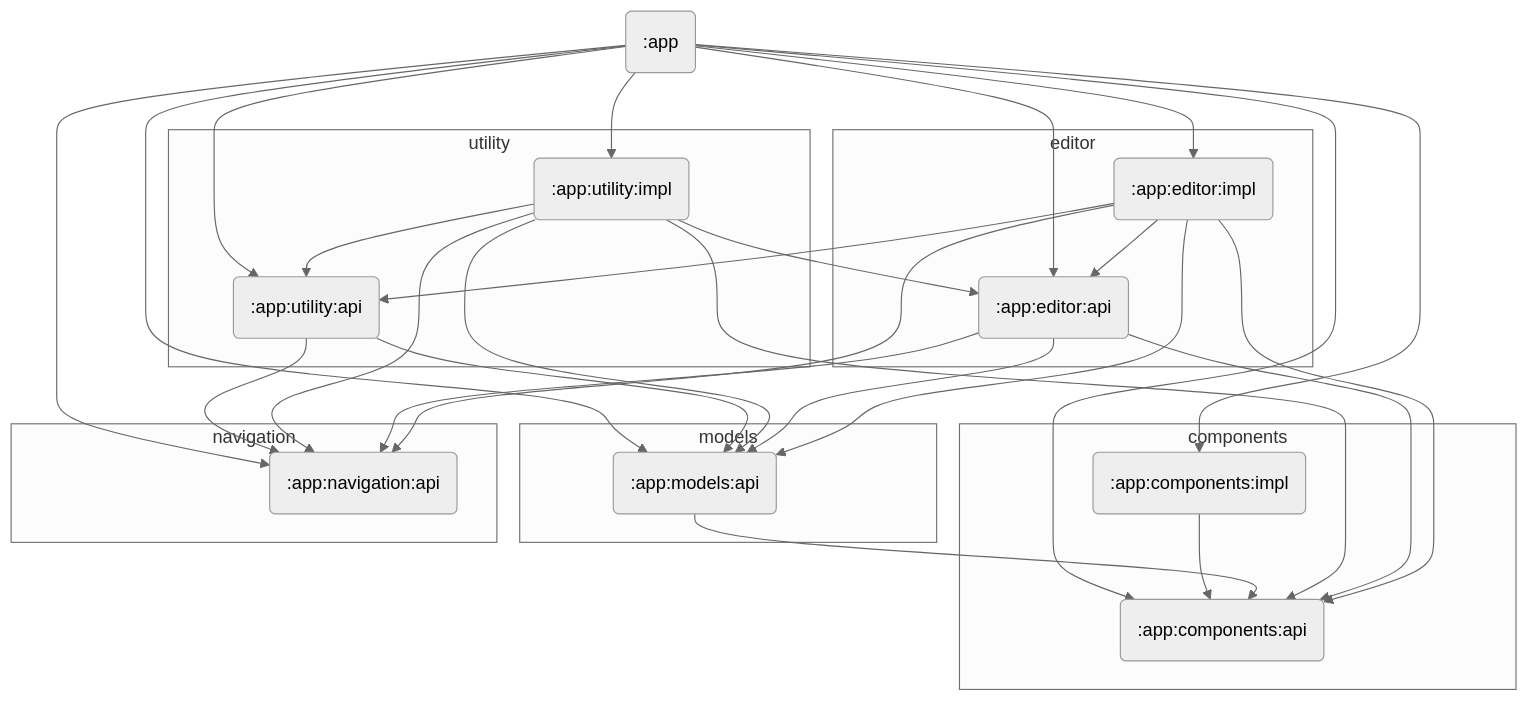
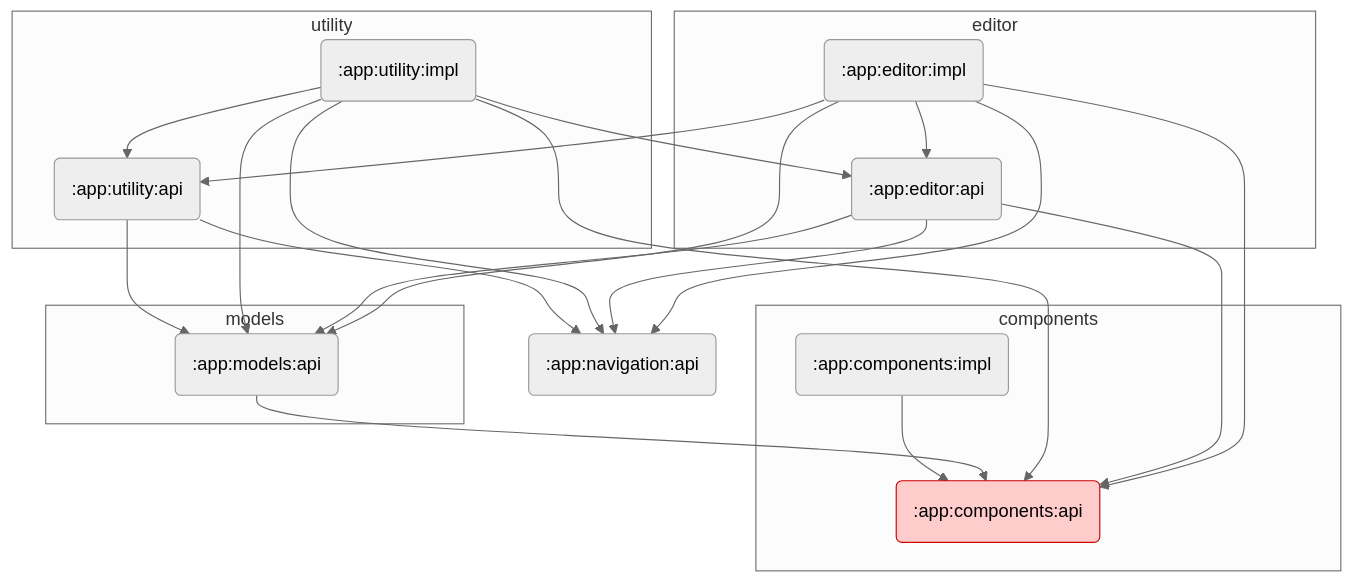
Before and after one commit to and291/HealthConnect: the diagram in MODULE_GRAPH.md, drawn with Mermaid (neutral theme). The commit also changed other lines of this file, not shown here.

Commit message:
updated module graph

````diff
--- a/MODULE_GRAPH.md
+++ b/MODULE_GRAPH.md
@@ -5,62 +8,49 @@
 ```mermaid
 graph TD
-    app(":app")
+    nav_api(":app:navigation:api")
 
     subgraph components
         comp_api(":app:components:api")
         comp_impl(":app:components:impl")
     end
 
     subgraph models
         models_api(":app:models:api")
-    end
-
-    subgraph navigation
-        nav_api(":app:navigation:api")
     end
 
     subgraph utility
         util_api(":app:utility:api")
         util_impl(":app:utility:impl")
     end
 
     subgraph editor
         ed_api(":app:editor:api")
         ed_impl(":app:editor:impl")
     end
 
-    %% :app depends on everything
-    app --> comp_api
-    app --> comp_impl
-    app --> models_api
-    app --> nav_api
-    app --> util_api
-    app --> util_impl
-    app --> ed_api
-    app --> ed_impl
-
-    %% components
     comp_impl --> comp_api
 
-    %% models
     models_api --> comp_api
 
-    %% utility
     util_api --> nav_api
     util_api --> models_api
+
     util_impl --> util_api
     util_impl --> ed_api
     util_impl --> nav_api
     util_impl --> comp_api
     util_impl --> models_api
 
-    %% editor
     ed_api --> comp_api
     ed_api --> nav_api
     ed_api --> models_api
+
     ed_impl --> ed_api
     ed_impl --> util_api
     ed_impl --> comp_api
     ed_impl --> nav_api
     ed_impl --> models_api
+
+    classDef suspicious fill:#ffcccc,stroke:#cc0000,color:#000
+    class comp_api suspicious
 ```
````
